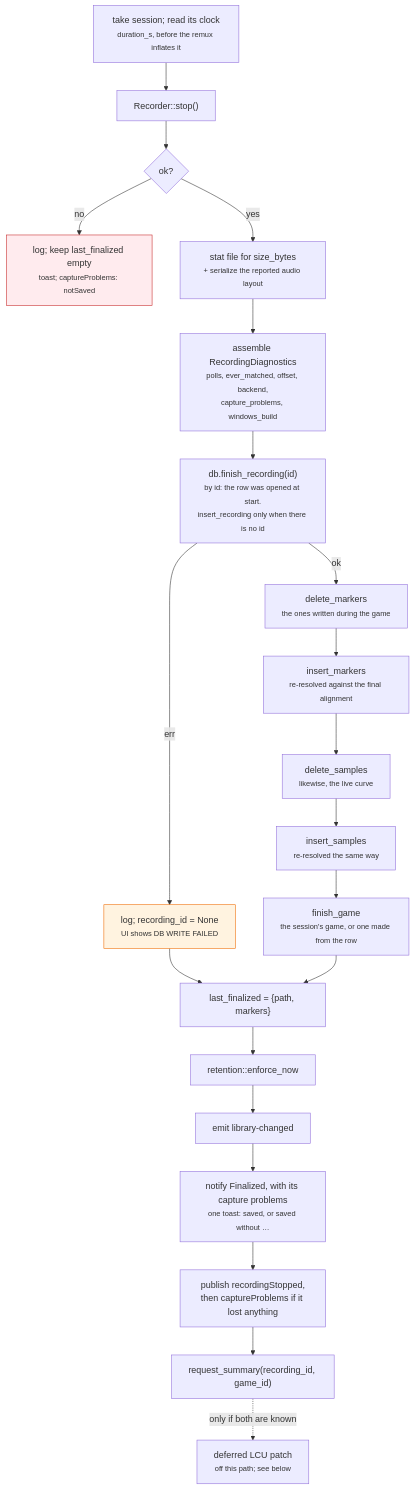
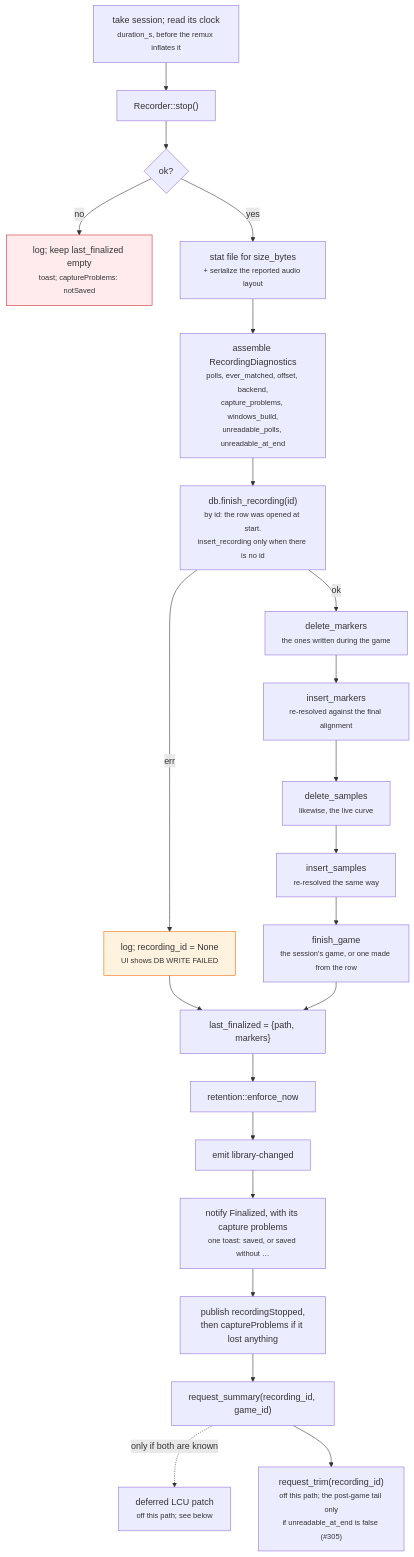
Before and after one commit to NinjaGoldfinch/ninja-recorder: the fifth of 8 diagrams in docs/recording-pipeline.md, drawn with Mermaid. The commit also changed other lines of this file and 22 other files, not shown here.

````diff
--- a/docs/recording-pipeline.md
+++ b/docs/recording-pipeline.md
@@ -543,25 +570,26 @@
 ```mermaid
 flowchart TB
     S["take session; read its clock<br/><small>duration_s, before the remux inflates it</small>"] --> A["Recorder::stop()"]
     A --> B{"ok?"}
     B -->|"no"| Z["log; keep last_finalized empty<br/><small>toast; captureProblems: notSaved</small>"]
     B -->|"yes"| C["stat file for size_bytes<br/><small>+ serialize the reported audio layout</small>"]
-    C --> D2["assemble RecordingDiagnostics<br/><small>polls, ever_matched, offset, backend,<br/>capture_problems, windows_build</small>"]
+    C --> D2["assemble RecordingDiagnostics<br/><small>polls, ever_matched, offset, backend,<br/>capture_problems, windows_build,<br/>unreadable_polls, unreadable_at_end</small>"]
     D2 --> D["db.finish_recording(id)<br/><small>by id: the row was opened at start.<br/>insert_recording only when there is no id</small>"]
     D -->|"err"| E["log; recording_id = None<br/><small>UI shows DB WRITE FAILED</small>"]
     D -->|"ok"| F0["delete_markers<br/><small>the ones written during the game</small>"]
     F0 --> F["insert_markers<br/><small>re-resolved against the final alignment</small>"]
     F --> F1["delete_samples<br/><small>likewise, the live curve</small>"]
     F1 --> G["insert_samples<br/><small>re-resolved the same way</small>"]
     G --> G2["finish_game<br/><small>the session's game, or one made from the row</small>"]
     E --> H
     G2 --> H["last_finalized = {path, markers}"]
     H --> I["retention::enforce_now"]
     I --> J["emit library-changed"]
     J --> J2["notify Finalized, with its capture problems<br/><small>one toast: saved, or saved without …</small>"]
     J2 --> J3["publish recordingStopped,<br/>then captureProblems if it lost anything"]
     J3 --> K["request_summary(recording_id, game_id)"]
     K -.->|"only if both are known"| L["deferred LCU patch<br/><small>off this path; see below</small>"]
+    K --> T["request_trim(recording_id)<br/><small>off this path; the post-game tail only<br/>if unreadable_at_end is false (#305)</small>"]
     style Z fill:#ffebee,stroke:#c62828
     style E fill:#fff3e0,stroke:#ef6c00
 ```
````
